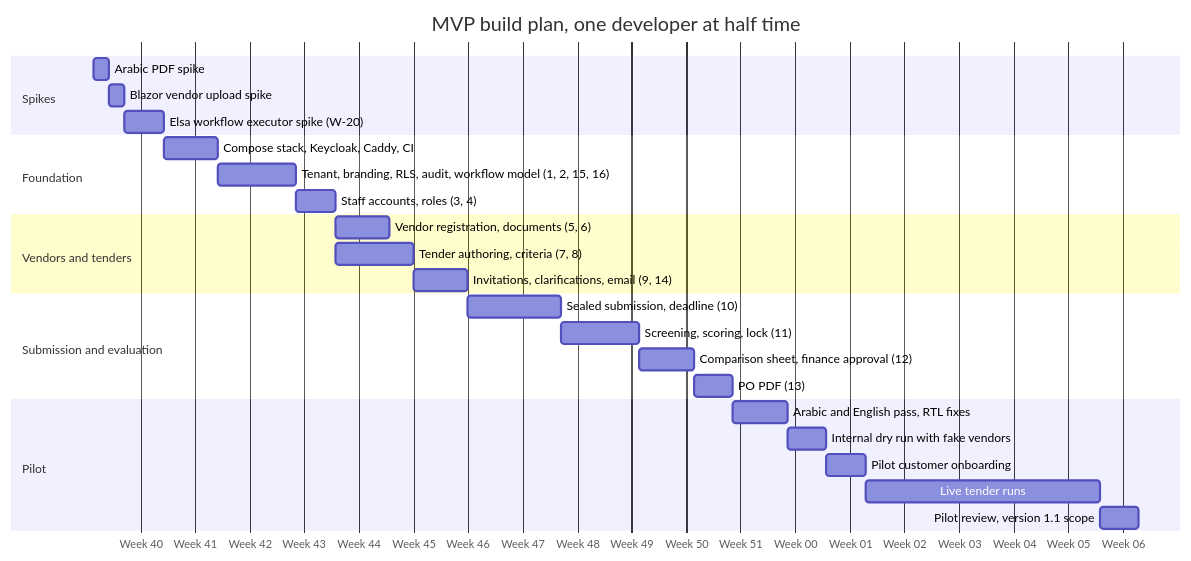
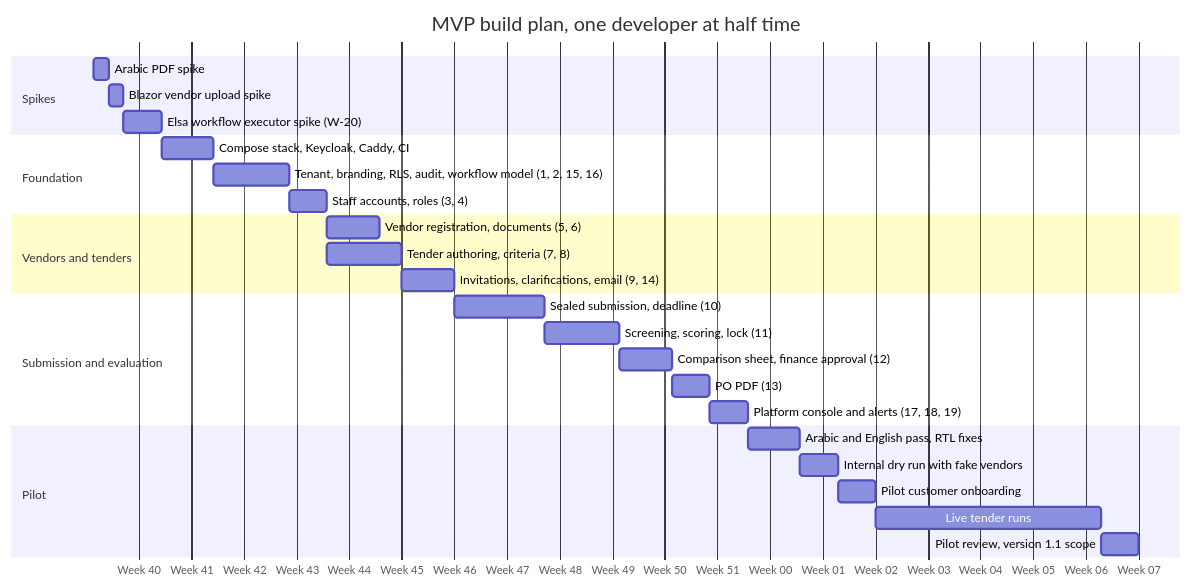
One commit to AhmedAssaf/ERP changed the second of 2 diagrams in docs/05-mvp-scope.md. Above: the diagram before and after it, drawn with Mermaid. The commit also changed other lines of this file and 3 other files, not shown here.

Commit message:
MVP scope: platform console (F-51 health board, F-54 tenants and jobs, F-60 email alerts) moves into the pilot

````diff
--- a/docs/05-mvp-scope.md
+++ b/docs/05-mvp-scope.md
@@ -104,34 +108,35 @@
 ```mermaid
 gantt
     title MVP build plan, one developer at half time
     dateFormat YYYY-MM-DD
     axisFormat Week %W
 
     section Spikes
     Arabic PDF spike                 :s1, 2026-10-05, 2d
     Blazor vendor upload spike       :s2, 2026-10-07, 2d
     Elsa workflow executor spike (W-20) :s3, 2026-10-09, 5d
 
     section Foundation
     Compose stack, Keycloak, Caddy, CI :f1, after s3, 7d
     Tenant, branding, RLS, audit, workflow model (1, 2, 15, 16) :f2, after f1, 10d
     Staff accounts, roles (3, 4)     :f3, after f2, 5d
 
     section Vendors and tenders
     Vendor registration, documents (5, 6) :v1, after f3, 7d
     Tender authoring, criteria (7, 8) :v2, after f3, 10d
     Invitations, clarifications, email (9, 14) :v3, after v2, 7d
 
     section Submission and evaluation
     Sealed submission, deadline (10) :e1, after v3, 12d
     Screening, scoring, lock (11)    :e2, after e1, 10d
     Comparison sheet, finance approval (12) :e3, after e2, 7d
     PO PDF (13)                      :e4, after e3, 5d
+    Platform console and alerts (17, 18, 19) :e5, after e4, 5d
 
     section Pilot
-    Arabic and English pass, RTL fixes :p1, after e4, 7d
+    Arabic and English pass, RTL fixes :p1, after e5, 7d
     Internal dry run with fake vendors :p2, after p1, 5d
     Pilot customer onboarding        :p3, after p2, 5d
     Live tender runs                 :p4, after p3, 30d
     Pilot review, version 1.1 scope  :p5, after p4, 5d
 ```
````
